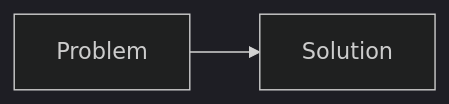
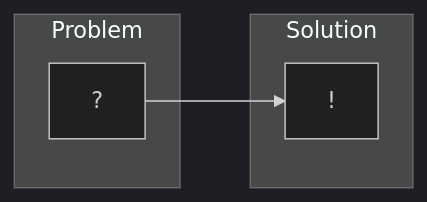
One commit to firstprinciplesthinking/paper_development_lifecycle changed the fourth of 12 diagrams in README.md. Above: the diagram before and after it, drawn with Mermaid (dark theme). The commit also changed other lines of this file, not shown here.

````diff
--- a/README.md
+++ b/README.md
@@ -79,4 +103,12 @@
 ```mermaid
    flowchart LR
-      Problem-->Solution
+      subgraph  Solution
+         !
+      end
+
+      subgraph  Problem
+         ?
+      end
+      
+      ?-->!
 ```
````
